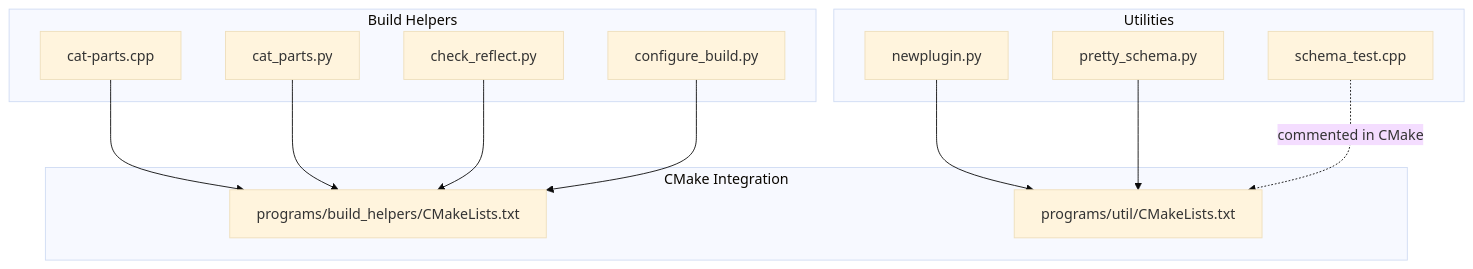
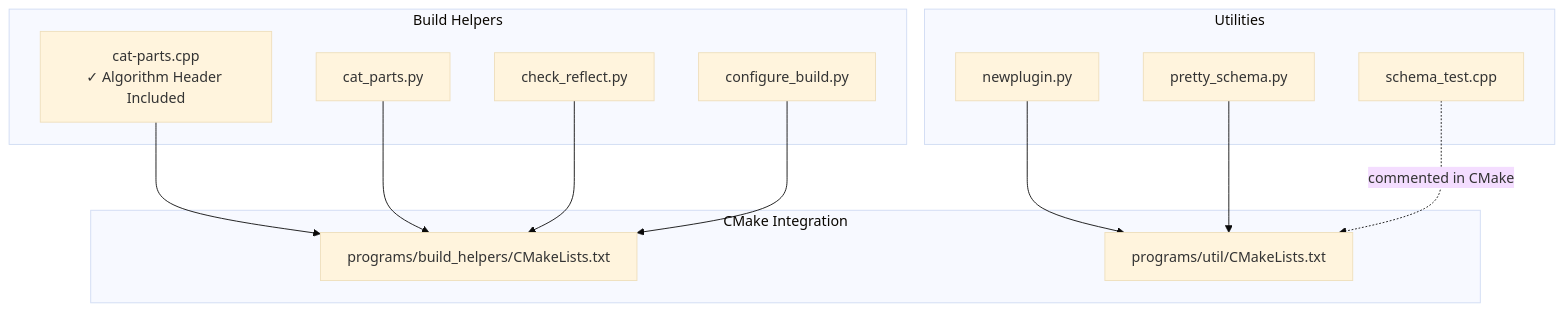
One commit to VIZ-Blockchain/viz-cpp-node changed the first of 10 diagrams in .qoder/repowiki/en/content/Development Tools/Build System/Build Helper Tools/Build Helper Tools.md. Above: the diagram before and after it, drawn with Mermaid (base theme). The commit also changed other lines of this file and 3 other files, not shown here.

````diff
--- a/.qoder/repowiki/en/content/Development Tools/Build System/Build Helper Tools/Build Helper Tools.md
+++ b/.qoder/repowiki/en/content/Development Tools/Build System/Build Helper Tools/Build Helper Tools.md
@@ -36,25 +45,25 @@
 ```mermaid
 graph TB
 subgraph "Build Helpers"
-CP["cat-parts.cpp"]
+CP["cat-parts.cpp<br/>✓ Algorithm Header Included"]
 CPY["cat_parts.py"]
 CR["check_reflect.py"]
 CFG["configure_build.py"]
 end
 subgraph "Utilities"
 NP["newplugin.py"]
 PS["pretty_schema.py"]
 ST["schema_test.cpp"]
 end
 subgraph "CMake Integration"
 CL1["programs/build_helpers/CMakeLists.txt"]
 CL2["programs/util/CMakeLists.txt"]
 end
 CP --> CL1
 CPY --> CL1
 CR --> CL1
 CFG --> CL1
 NP --> CL2
 PS --> CL2
 ST -. "commented in CMake" .-> CL2
 ```
````
